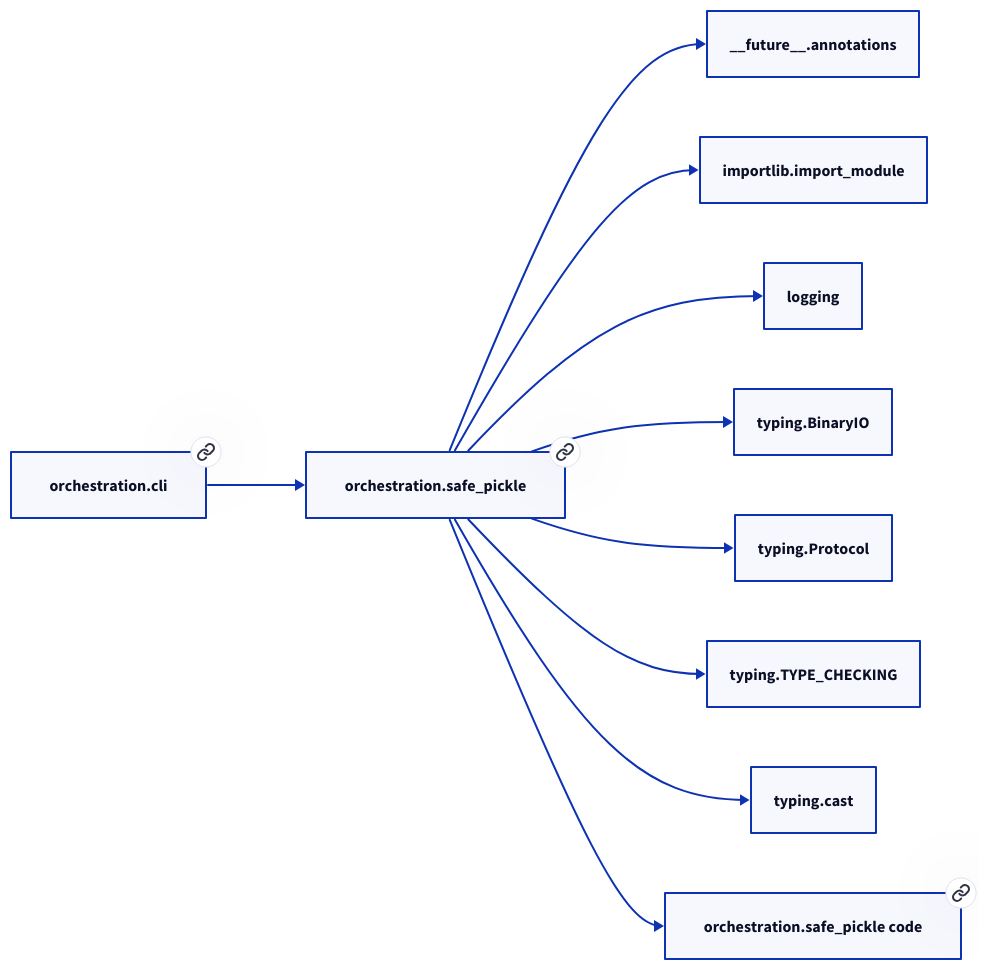
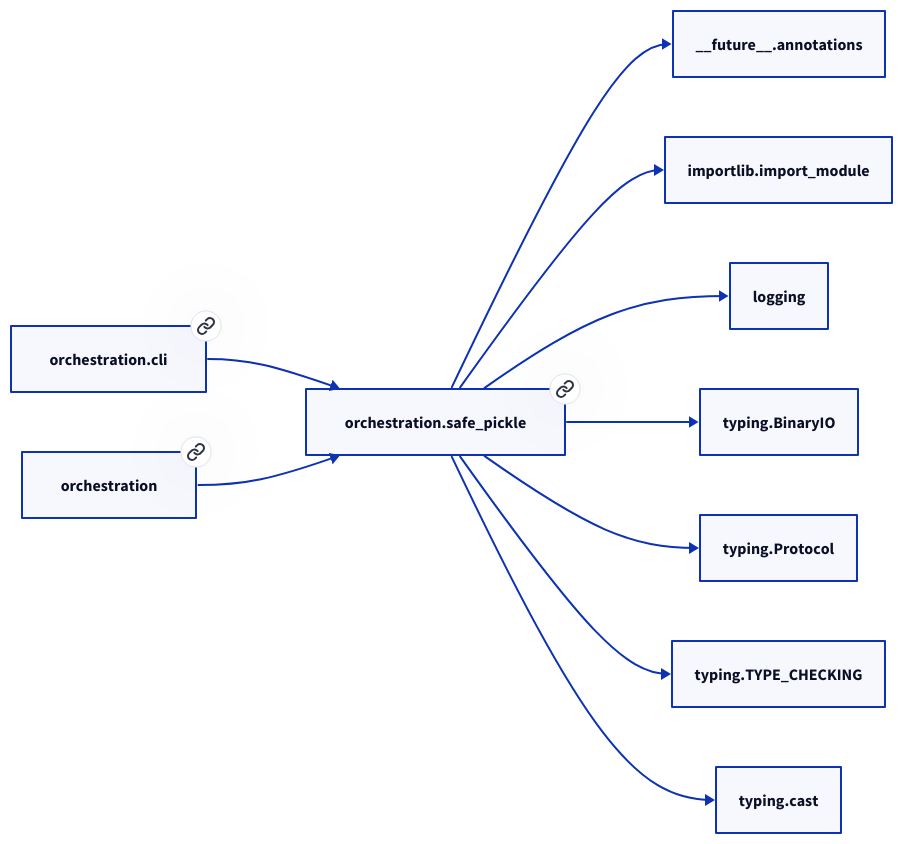
The second of 2 diagrams in docs/modules/orchestration/safe_pickle.md (paul-heyse/kgforge), drawn with D2 before and after one commit. The commit also changed other lines of this file and 208 other files, not shown here.

````diff
--- a/docs/modules/orchestration/safe_pickle.md
+++ b/docs/modules/orchestration/safe_pickle.md
@@ -98,22 +102,22 @@
 ```d2
 direction: right
-"orchestration.safe_pickle": "orchestration.safe_pickle" { link: "./orchestration/safe_pickle.md" }
+"orchestration.safe_pickle": "orchestration.safe_pickle" { link: "https://github.com/paul-heyse/kgfoundry/blob/main/src/orchestration/safe_pickle.py" }
 "__future__.annotations": "__future__.annotations"
 "orchestration.safe_pickle" -> "__future__.annotations"
 "importlib.import_module": "importlib.import_module"
 "orchestration.safe_pickle" -> "importlib.import_module"
 "logging": "logging"
 "orchestration.safe_pickle" -> "logging"
 "typing.BinaryIO": "typing.BinaryIO"
 "orchestration.safe_pickle" -> "typing.BinaryIO"
 "typing.Protocol": "typing.Protocol"
 "orchestration.safe_pickle" -> "typing.Protocol"
 "typing.TYPE_CHECKING": "typing.TYPE_CHECKING"
 "orchestration.safe_pickle" -> "typing.TYPE_CHECKING"
 "typing.cast": "typing.cast"
 "orchestration.safe_pickle" -> "typing.cast"
-"orchestration.cli": "orchestration.cli" { link: "./orchestration/cli.md" }
+"orchestration.cli": "orchestration.cli" { link: "https://github.com/paul-heyse/kgfoundry/blob/main/src/orchestration/cli.py" }
 "orchestration.cli" -> "orchestration.safe_pickle"
-"orchestration.safe_pickle_code": "orchestration.safe_pickle code" { link: "https://github.com/kgfoundry/kgfoundry/blob/main/src/orchestration/safe_pickle.py" }
-"orchestration.safe_pickle" -> "orchestration.safe_pickle_code" { style: dashed }
+"orchestration": "orchestration" { link: "https://github.com/paul-heyse/kgfoundry/blob/main/src/orchestration/__init__.py" }
+"orchestration" -> "orchestration.safe_pickle" { style: dashed }
 ```
````
